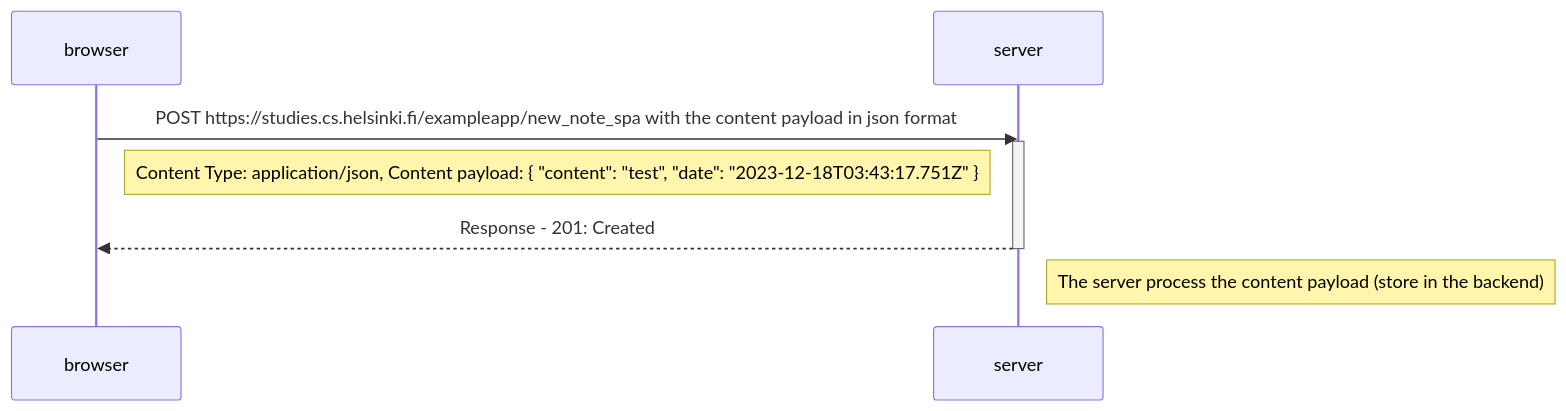
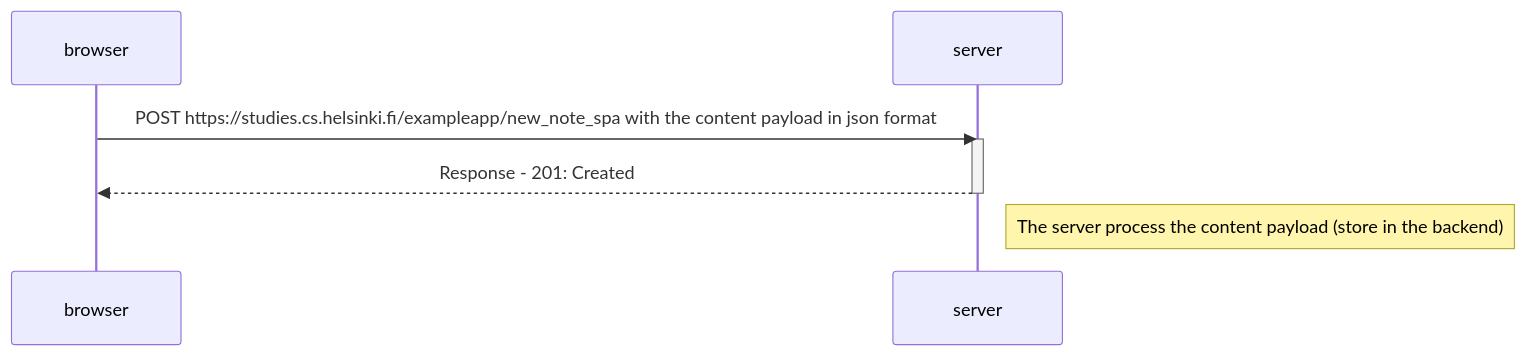
The diagram in part0/0.6-new-note-spa-diagram.md (orvintritama/fullstackopen), drawn with Mermaid before and after one commit.

````diff
--- a/part0/0.6-new-note-spa-diagram.md
+++ b/part0/0.6-new-note-spa-diagram.md
@@ -1,13 +1,11 @@
 ```mermaid
 sequenceDiagram
     participant browser
     participant server
 
     browser->>server: POST https://studies.cs.helsinki.fi/exampleapp/new_note_spa with the content payload in json format
     activate server    
-    Note right of browser: Content Type: application/json, Content payload: { "content": "test", "date": "2023-12-18T03:43:17.751Z" }
-
     server-->>browser: Response - 201: Created
     deactivate server
     Note right of server: The server process the content payload (store in the backend)
 ```
````
